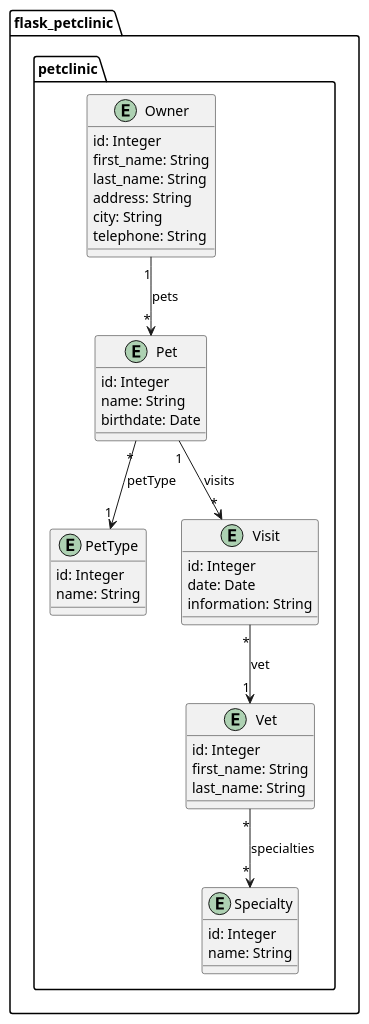
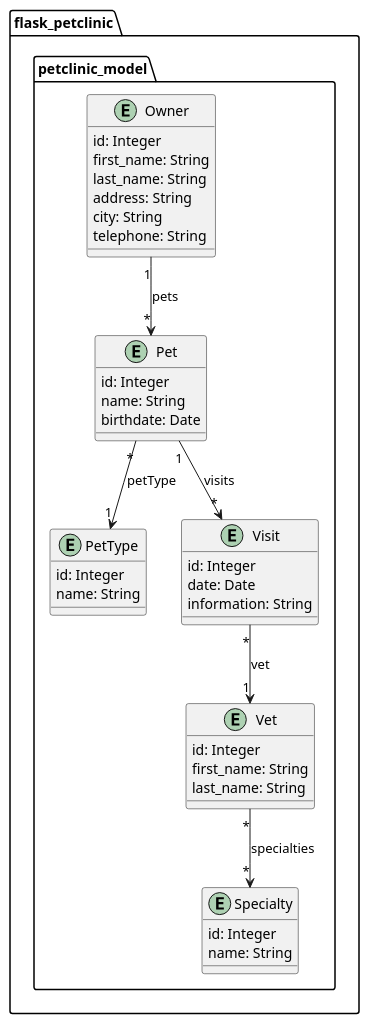
The diagram in project/petclinic_model/entities.puml (Jakarta-EE-Petclinic/petclinic_flask), drawn with PlantUML before and after one commit. The commit also changed 12 other files, not shown here.

```diff
--- a/project/petclinic_model/entities.puml
+++ b/project/petclinic_model/entities.puml
@@ -1,54 +1,54 @@
 @startuml
 ' left to right direction
 
 package flask_petclinic {
 
-   package petclinic {
+   package petclinic_model {
 
         entity Owner {
             id: Integer
             first_name: String
             last_name: String
             address: String
             city: String
             telephone: String
         }
 
         entity Pet {
             id: Integer
             name: String
             birthdate: Date
         }
 
         entity PetType {
             id: Integer
             name: String
         }
 
         entity Visit {
             id: Integer
             date: Date
             information: String
         }
 
         entity Vet {
             id: Integer
             first_name: String
             last_name: String
         }
 
         entity Specialty {
             id: Integer
             name: String
         }
 
         Owner "1" --> "*"  Pet: pets
         Pet "*" --> "1" PetType: petType
         Pet "1" --> "*" Visit: visits
         Visit "*" --> "1" Vet: vet
         Vet "*" --> "*" Specialty: specialties
     }
 
 }
 
 @enduml
```
